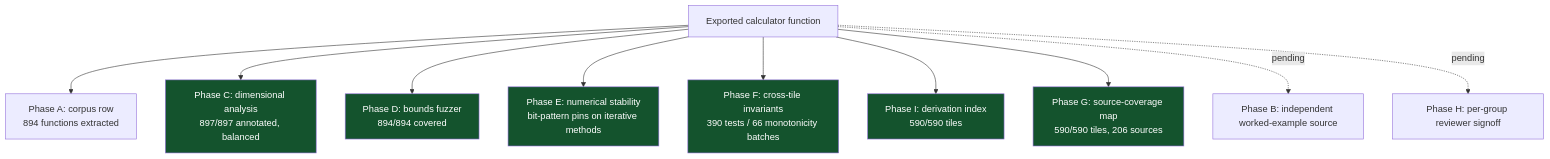
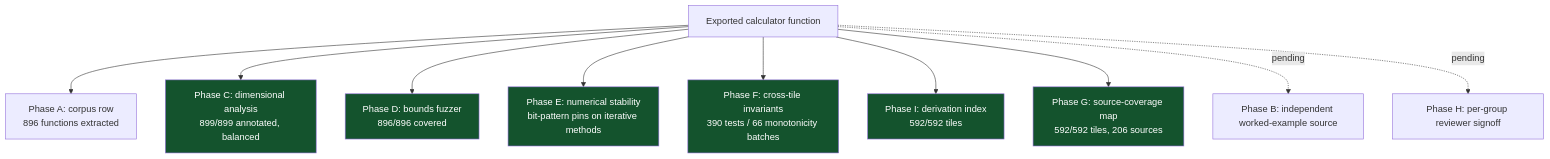
One commit to clay-good/roughlogic.com changed the sixth of 8 diagrams in README.md. Above: the diagram before and after it, drawn with Mermaid. The commit also changed other lines of this file and 16 other files, not shown here.

````diff
--- a/README.md
+++ b/README.md
@@ -384,18 +386,18 @@
 ```mermaid
 flowchart TB
-    F[Exported calculator function] --> A[Phase A: corpus row\n894 functions extracted]
-    F --> C[Phase C: dimensional analysis\n897/897 annotated, balanced]
-    F --> D[Phase D: bounds fuzzer\n894/894 covered]
+    F[Exported calculator function] --> A[Phase A: corpus row\n896 functions extracted]
+    F --> C[Phase C: dimensional analysis\n899/899 annotated, balanced]
+    F --> D[Phase D: bounds fuzzer\n896/896 covered]
     F --> E[Phase E: numerical stability\nbit-pattern pins on iterative methods]
     F --> Fa[Phase F: cross-tile invariants\n390 tests / 66 monotonicity batches]
-    F --> I[Phase I: derivation index\n590/590 tiles]
-    F --> G[Phase G: source-coverage map\n590/590 tiles, 206 sources]
+    F --> I[Phase I: derivation index\n592/592 tiles]
+    F --> G[Phase G: source-coverage map\n592/592 tiles, 206 sources]
     F -.pending.-> B[Phase B: independent worked-example source]
     F -.pending.-> H[Phase H: per-group reviewer signoff]
     style C fill:#14532d,color:#fff
     style D fill:#14532d,color:#fff
     style E fill:#14532d,color:#fff
     style Fa fill:#14532d,color:#fff
     style G fill:#14532d,color:#fff
     style I fill:#14532d,color:#fff
 ```
````
